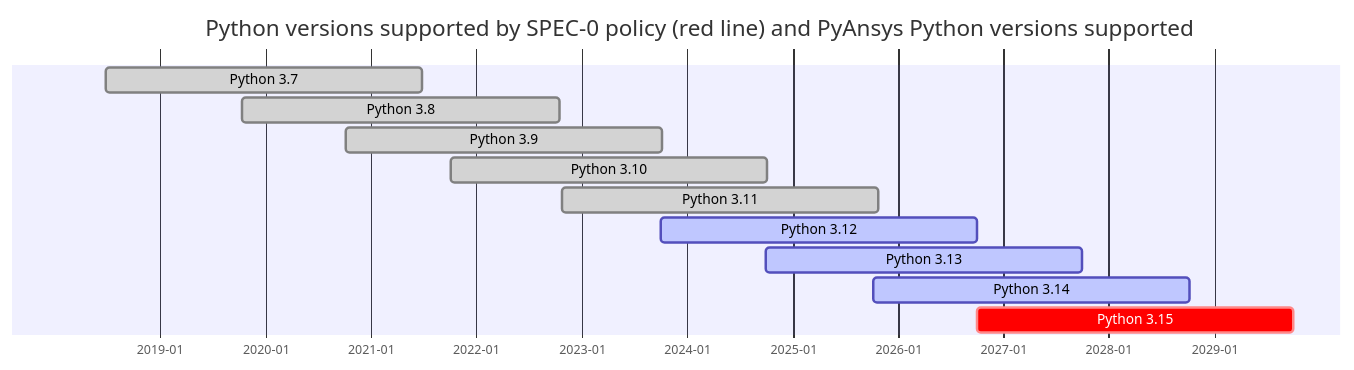
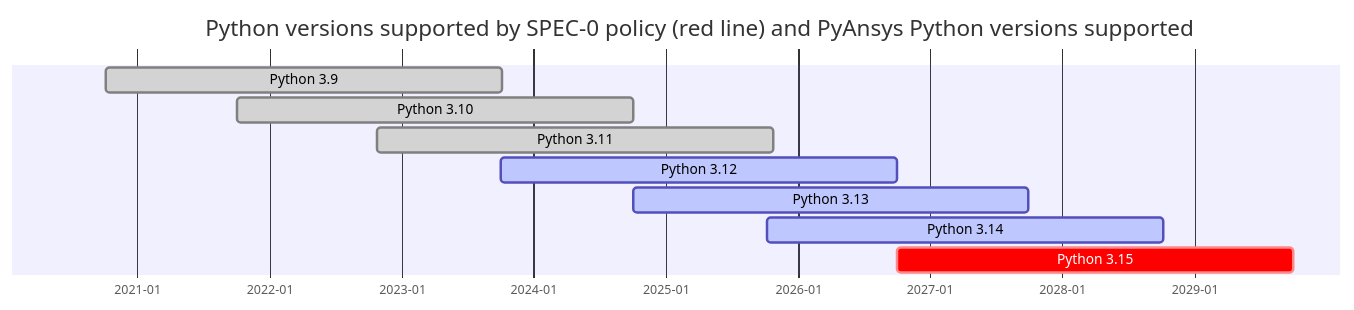
One commit to ansys/pyansys changed the diagram in doc/source/getting-started/prerequisites.rst. Above: the diagram before and after it, drawn with Mermaid.

```diff
--- a/doc/source/getting-started/prerequisites.rst
+++ b/doc/source/getting-started/prerequisites.rst
@@ -28,19 +28,17 @@
 .. mermaid::
     :caption: Python versions supported by SPEC-0 policy (red line) and PyAnsys Python versions supported (color coded)
     :alt: Current Python versions supported by the PyAnsys metapackage
     :align: center
 
     gantt
         title Python versions supported by SPEC-0 policy (red line) and PyAnsys Python versions supported
         dateFormat YYYY-MM-DD
         axisFormat %Y-%m
 
-        Python 3.7  :done,   des1, 2018-06-27, 3y
-        Python 3.8  :done,   des2, 2019-10-14, 3y
         Python 3.9  :done,   des3, 2020-10-05, 3y
         Python 3.10 :done,   des4, 2021-10-04, 3y
         Python 3.11 :done,   des5, 2022-10-24, 3y
         Python 3.12 :active, des6, 2023-10-02, 3y
         Python 3.13 :active, des7, 2024-10-01, 3y
         Python 3.14 :active, des8, 2025-10-07, 3y
         Python 3.15 :crit,   des8, 2026-10-01, 3y
```
